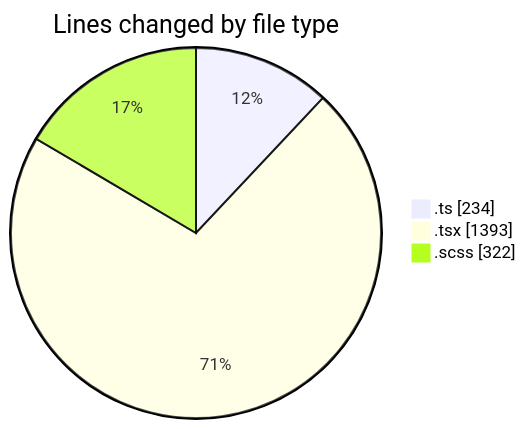
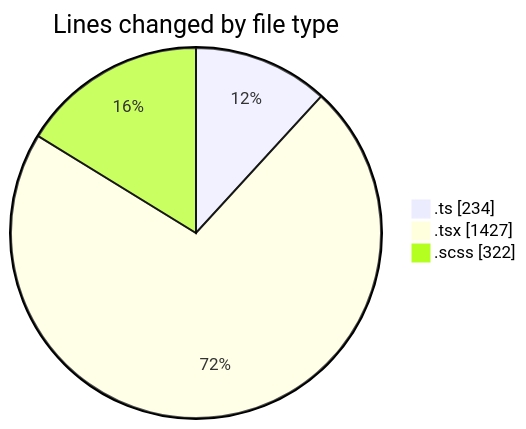
The first of 2 diagrams in 2025-05-01/cda/README.md (momahboobian/code-tracking), drawn with Mermaid before and after one commit. The commit also changed other lines of this file and 1 other file, not shown here.

````diff
--- a/2025-05-01/cda/README.md
+++ b/2025-05-01/cda/README.md
@@ -30,7 +30,7 @@
 ```mermaid
 pie showData
 title Lines changed by file type
 ".ts" : 234
-".tsx" : 1393
+".tsx" : 1427
 ".scss" : 322
 ```
````
